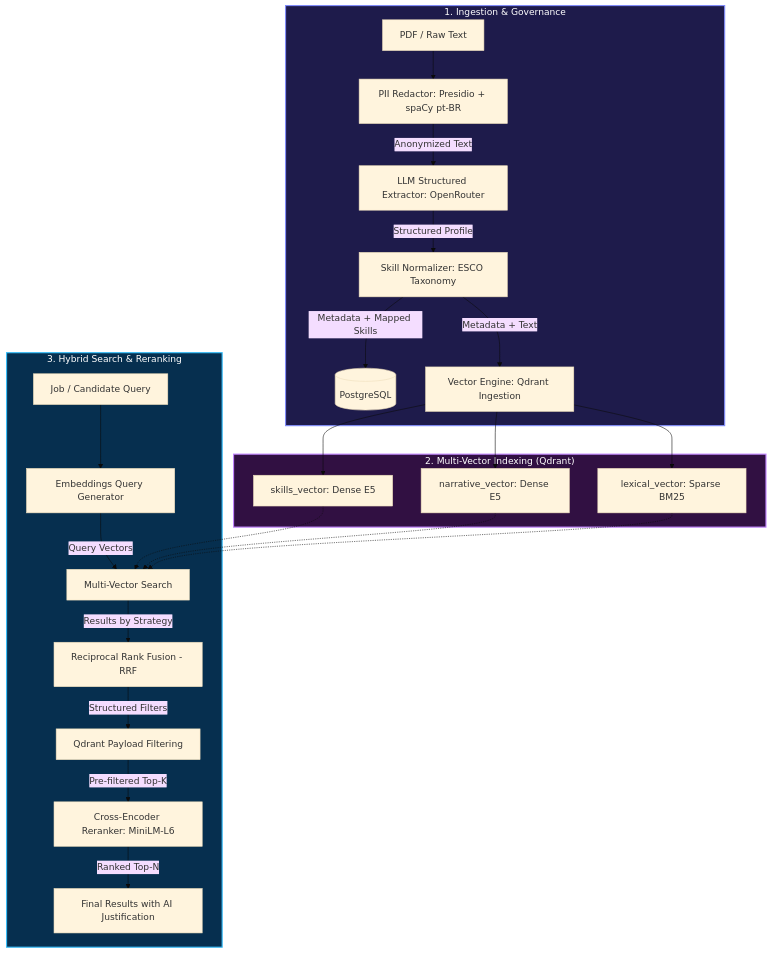
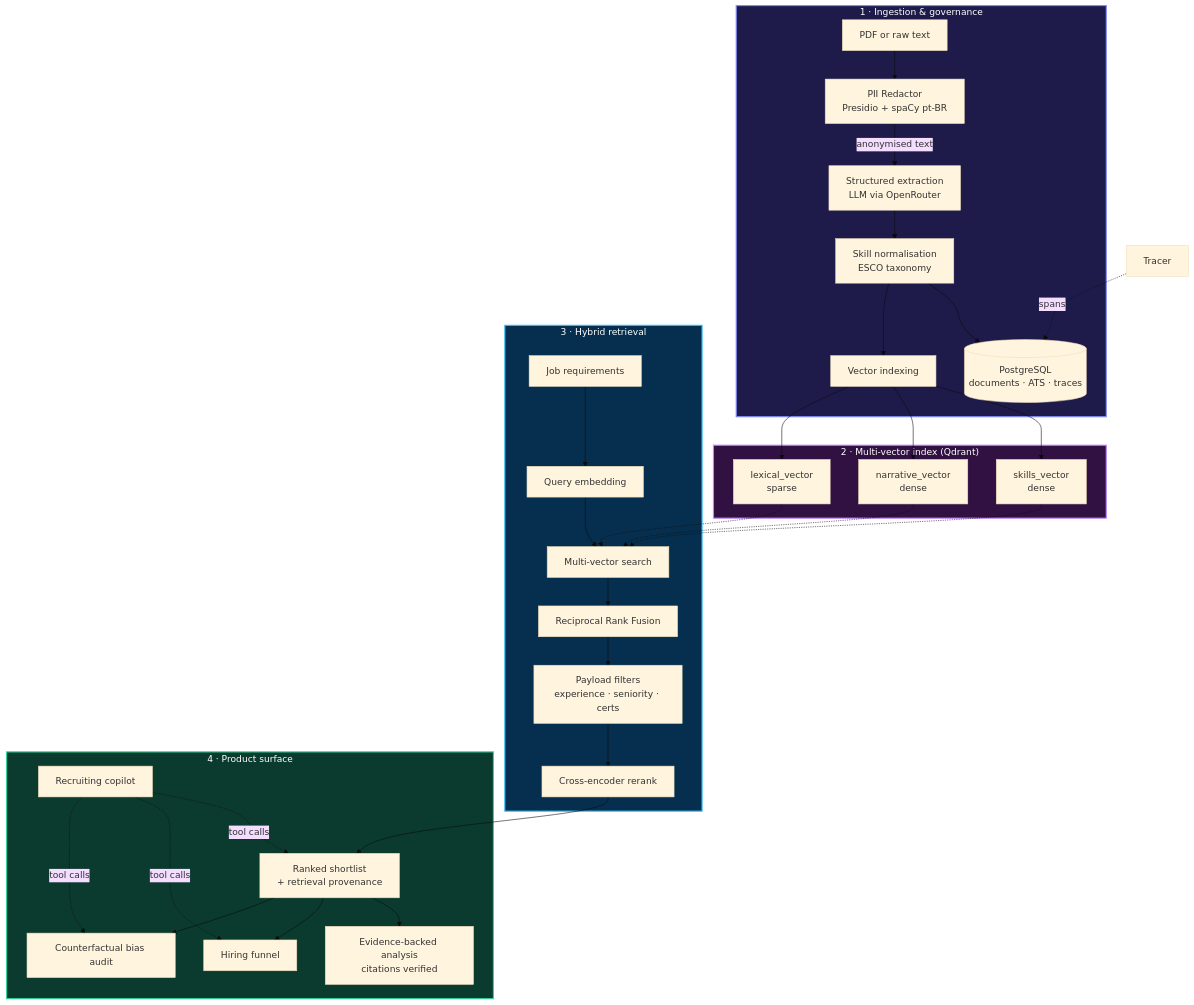
Before and after one commit to luccapinto/resume_ranker: the diagram in README.md, drawn with Mermaid (base theme). The commit also changed other lines of this file and 46 other files, not shown here.

````diff
--- a/README.md
+++ b/README.md
@@ -46,30 +72,40 @@
 ```mermaid
 graph TD
-    subgraph Ingestao ["1. Ingestion & Governance"]
-        A[PDF / Raw Text] --> B[PII Redactor: Presidio + spaCy pt-BR]
-        B -->|Anonymized Text| C[LLM Structured Extractor: OpenRouter]
-        C -->|Structured Profile| D[Skill Normalizer: ESCO Taxonomy]
-        D -->|Metadata + Mapped Skills| E[(PostgreSQL)]
-        D -->|Metadata + Text| F[Vector Engine: Qdrant Ingestion]
+    subgraph ingest ["1 · Ingestion & governance"]
+        A[PDF or raw text] --> B[PII Redactor<br/>Presidio + spaCy pt-BR]
+        B -->|anonymised text| C[Structured extraction<br/>LLM via OpenRouter]
+        C --> D[Skill normalisation<br/>ESCO taxonomy]
+        D --> E[(PostgreSQL<br/>documents · ATS · traces)]
+        D --> F[Vector indexing]
     end
 
-    subgraph Indexacao ["2. Multi-Vector Indexing (Qdrant)"]
-        F --> G[skills_vector: Dense E5]
-        F --> H[narrative_vector: Dense E5]
-        F --> I[lexical_vector: Sparse BM25]
+    subgraph index ["2 · Multi-vector index (Qdrant)"]
+        F --> G[skills_vector<br/>dense]
+        F --> H[narrative_vector<br/>dense]
+        F --> I[lexical_vector<br/>sparse]
     end
 
-    subgraph Busca ["3. Hybrid Search & Reranking"]
-        J[Job / Candidate Query] --> K[Embeddings Query Generator]
-        K -->|Query Vectors| L[Multi-Vector Search]
-        G & H & I -.-> L
-        L -->|Results by Strategy| M[Reciprocal Rank Fusion - RRF]
-        M -->|Structured Filters| N[Qdrant Payload Filtering]
-        N -->|Pre-filtered Top-K| O[Cross-Encoder Reranker: MiniLM-L6]
-        O -->|Ranked Top-N| P[Final Results with AI Justification]
+    subgraph rank ["3 · Hybrid retrieval"]
+        J[Job requirements] --> K[Query embedding]
+        G & H & I -.-> L[Multi-vector search]
+        K --> L
+        L --> M[Reciprocal Rank Fusion]
+        M --> N[Payload filters<br/>experience · seniority · certs]
+        N --> O[Cross-encoder rerank]
     end
 
-    style Ingestao fill:#1e1b4b,stroke:#818cf8,stroke-width:2px,color:#fff
-    style Indexacao fill:#311042,stroke:#c084fc,stroke-width:2px,color:#fff
-    style Busca fill:#062f4f,stroke:#38bdf8,stroke-width:2px,color:#fff
+    subgraph product ["4 · Product surface"]
+        O --> P[Ranked shortlist<br/>+ retrieval provenance]
+        P --> Q[Evidence-backed analysis<br/>citations verified]
+        P --> R[Hiring funnel]
+        P --> S[Counterfactual bias audit]
+        T[Recruiting copilot] -.->|tool calls| P & R & S
+    end
+
+    U[Tracer] -.->|spans| E
+
+    style ingest fill:#1e1b4b,stroke:#818cf8,stroke-width:2px,color:#fff
+    style index fill:#311042,stroke:#c084fc,stroke-width:2px,color:#fff
+    style rank fill:#062f4f,stroke:#38bdf8,stroke-width:2px,color:#fff
+    style product fill:#0b3b2e,stroke:#34d399,stroke-width:2px,color:#fff
 ```
````
